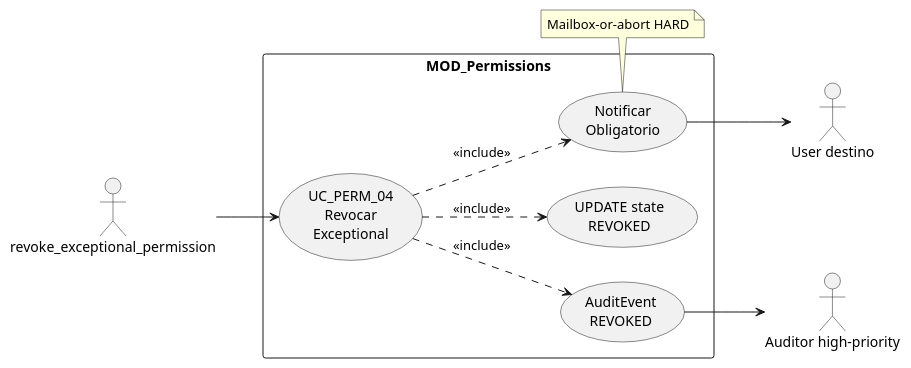
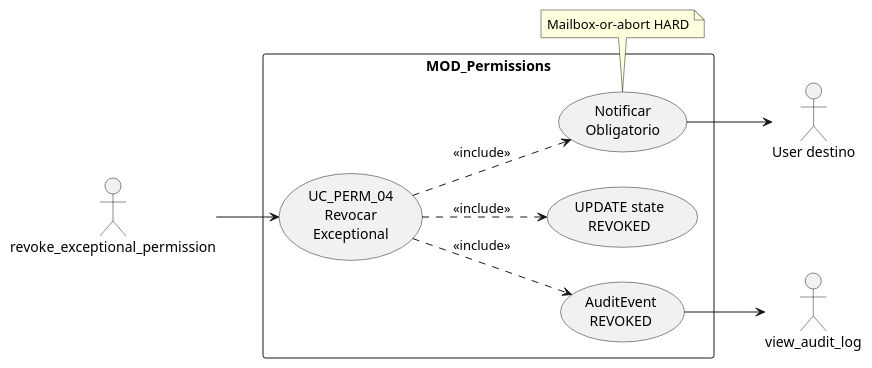
Before and after one commit to jcg-admin/IACT-docs: the first of 4 diagrams in source/requisitos/casos-uso/permissions/uc-perm-04/diagramas-uml.rst, drawn with PlantUML. The commit also changed 157 other files, not shown here.

First line of the commit message:
Enforce catalog function names across all diagrams

```diff
--- a/source/requisitos/casos-uso/permissions/uc-perm-04/diagramas-uml.rst
+++ b/source/requisitos/casos-uso/permissions/uc-perm-04/diagramas-uml.rst
@@ -10,29 +10,29 @@
 .. uml::
  :caption: UC_PERM_04 — actores
 
  @startuml
  left to right direction
 
  actor "revoke_exceptional_permission" as INVOKER
  actor "User destino" as TARGET
- actor "Auditor high-priority" as AUD
+ actor "view_audit_log" as AUD
 
  rectangle "MOD_Permissions" {
    usecase "UC_PERM_04\nRevocar\nExceptional" as UC04
    usecase "UPDATE state\nREVOKED" as UPD
    usecase "Notificar\nObligatorio" as NOT
    usecase "AuditEvent\nREVOKED" as EMI
  }
 
  INVOKER --> UC04
  UC04 ..> UPD : <<include>>
  UC04 ..> NOT : <<include>>
  UC04 ..> EMI : <<include>>
  NOT --> TARGET
  EMI --> AUD
 
  note bottom of NOT
    Mailbox-or-abort HARD
  end note
 
  @enduml
```
